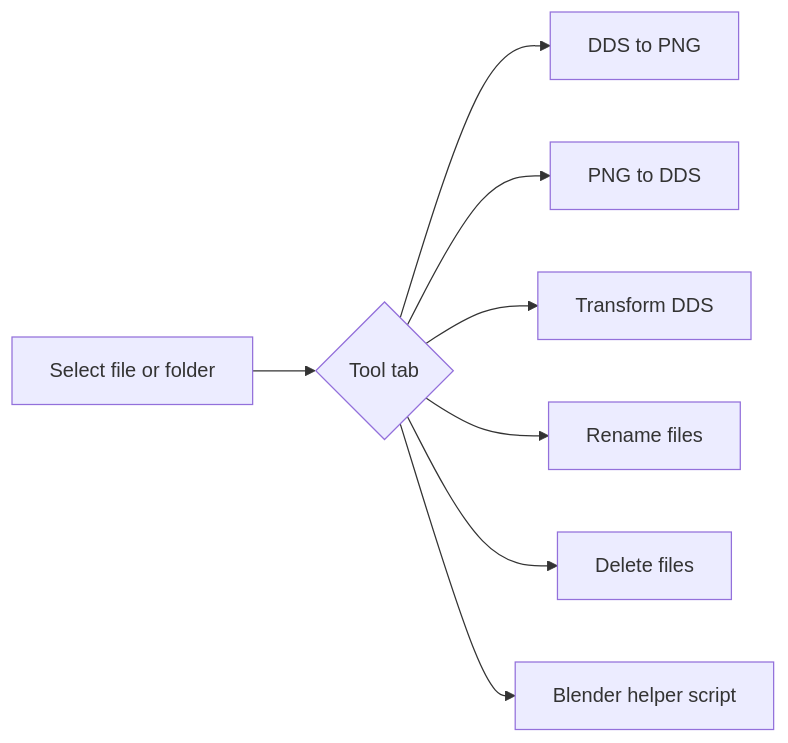
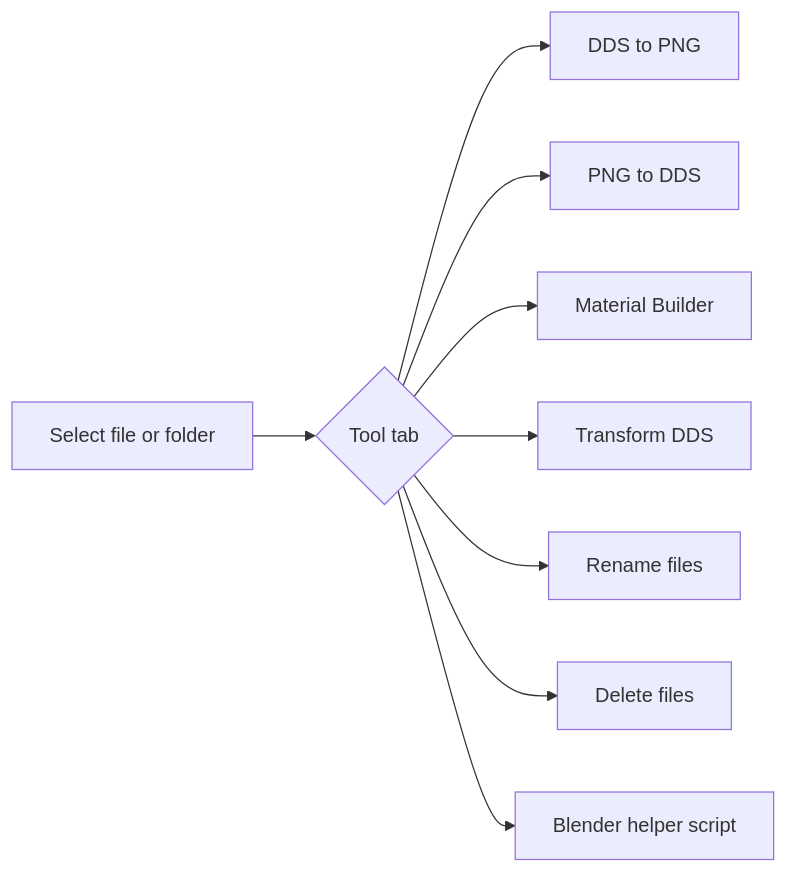
The diagram in AssetEditor/ToolDoc/README_TextureFileTools.md (MaxBL97/TheAssetEditor-FBX-import-export), drawn with Mermaid before and after one commit. The commit also changed other lines of this file and 5 other files, not shown here.

````diff
--- a/AssetEditor/ToolDoc/README_TextureFileTools.md
+++ b/AssetEditor/ToolDoc/README_TextureFileTools.md
@@ -5,10 +5,11 @@
 ```mermaid
 flowchart LR
     A[Select file or folder] --> B{Tool tab}
     B --> C[DDS to PNG]
     B --> D[PNG to DDS]
-    B --> E[Transform DDS]
-    B --> F[Rename files]
-    B --> G[Delete files]
-    B --> H[Blender helper script]
+    B --> E[Material Builder]
+    B --> F[Transform DDS]
+    B --> G[Rename files]
+    B --> H[Delete files]
+    B --> I[Blender helper script]
 ```
````
